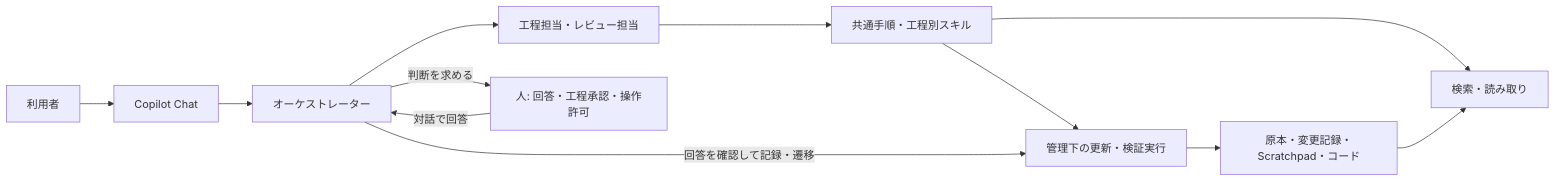
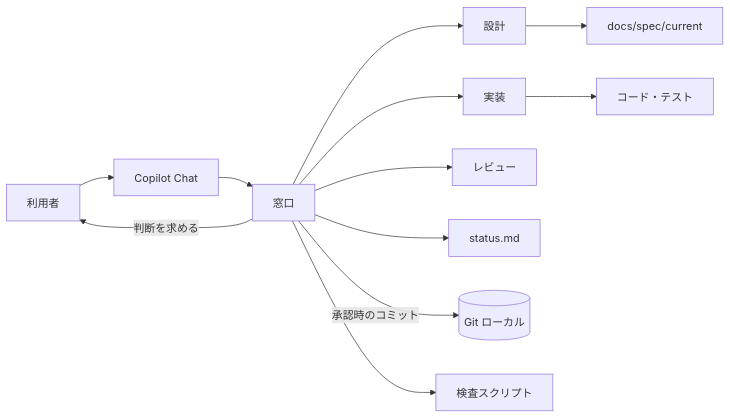
The diagram in docs/spec/current/design/README.md (miyahiro/ai-powered-spec-driven-development), drawn with Mermaid before and after one commit. The commit also changed other lines of this file and 92 other files, not shown here.

````diff
--- a/docs/spec/current/design/README.md
+++ b/docs/spec/current/design/README.md
@@ -23,14 +21,14 @@
 ```mermaid
 flowchart LR
     User[利用者] --> Chat[Copilot Chat]
-    Chat --> Orchestrator[オーケストレーター]
-    Orchestrator --> Roles[工程担当・レビュー担当]
-    Roles --> Skills[共通手順・工程別スキル]
-    Skills --> Read[検索・読み取り]
-    Skills --> Managed[管理下の更新・検証実行]
-    Managed --> Files[原本・変更記録・Scratchpad・コード]
-    Files --> Read
-    Orchestrator -->|判断を求める| Human[人: 回答・工程承認・操作許可]
-    Human -->|対話で回答| Orchestrator
-    Orchestrator -->|回答を確認して記録・遷移| Managed
+    Chat --> Orchestrator[窓口]
+    Orchestrator --> Designer[設計]
+    Orchestrator --> Implementer[実装]
+    Orchestrator --> Reviewer[レビュー]
+    Orchestrator -->|判断を求める| User
+    Orchestrator --> Status[status.md]
+    Orchestrator -->|承認時のコミット| Git[(Git ローカル)]
+    Orchestrator --> Check[検査スクリプト]
+    Designer --> Spec[docs/spec/current]
+    Implementer --> Code[コード・テスト]
 ```
````
